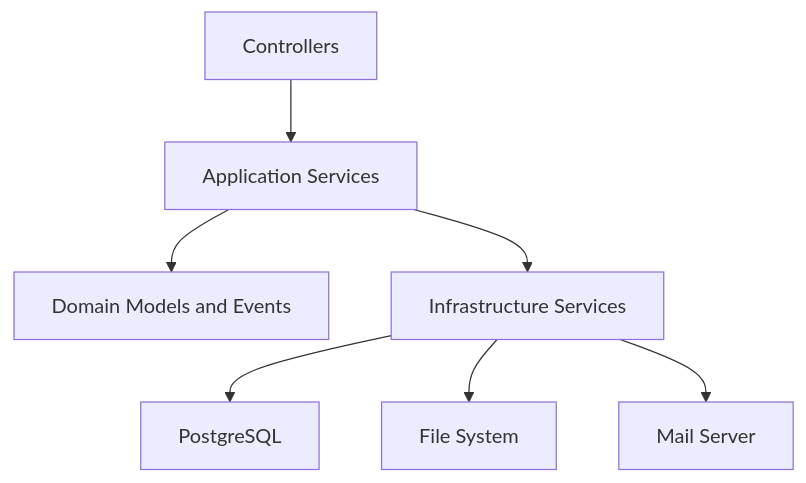
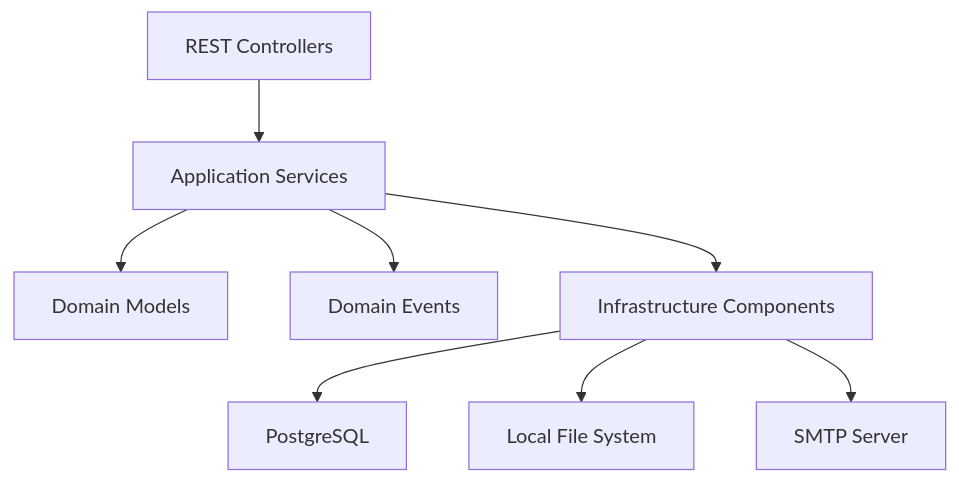
The diagram in README.md (devluiscavalcante/backup-manager), drawn with Mermaid before and after one commit. The commit also changed other lines of this file, not shown here.

````diff
--- a/README.md
+++ b/README.md
@@ -75,9 +55,10 @@
 ```mermaid
 flowchart TD
-    A["Controllers"] --> B["Application Services"]
-    B --> C["Domain Models and Events"]
-    B --> D["Infrastructure Services"]
-    D --> E["PostgreSQL"]
-    D --> F["File System"]
-    D --> G["Mail Server"]
+    A["REST Controllers"] --> B["Application Services"]
+    B --> C["Domain Models"]
+    B --> D["Domain Events"]
+    B --> E["Infrastructure Components"]
+    E --> F["PostgreSQL"]
+    E --> G["Local File System"]
+    E --> H["SMTP Server"]
 ```
````
